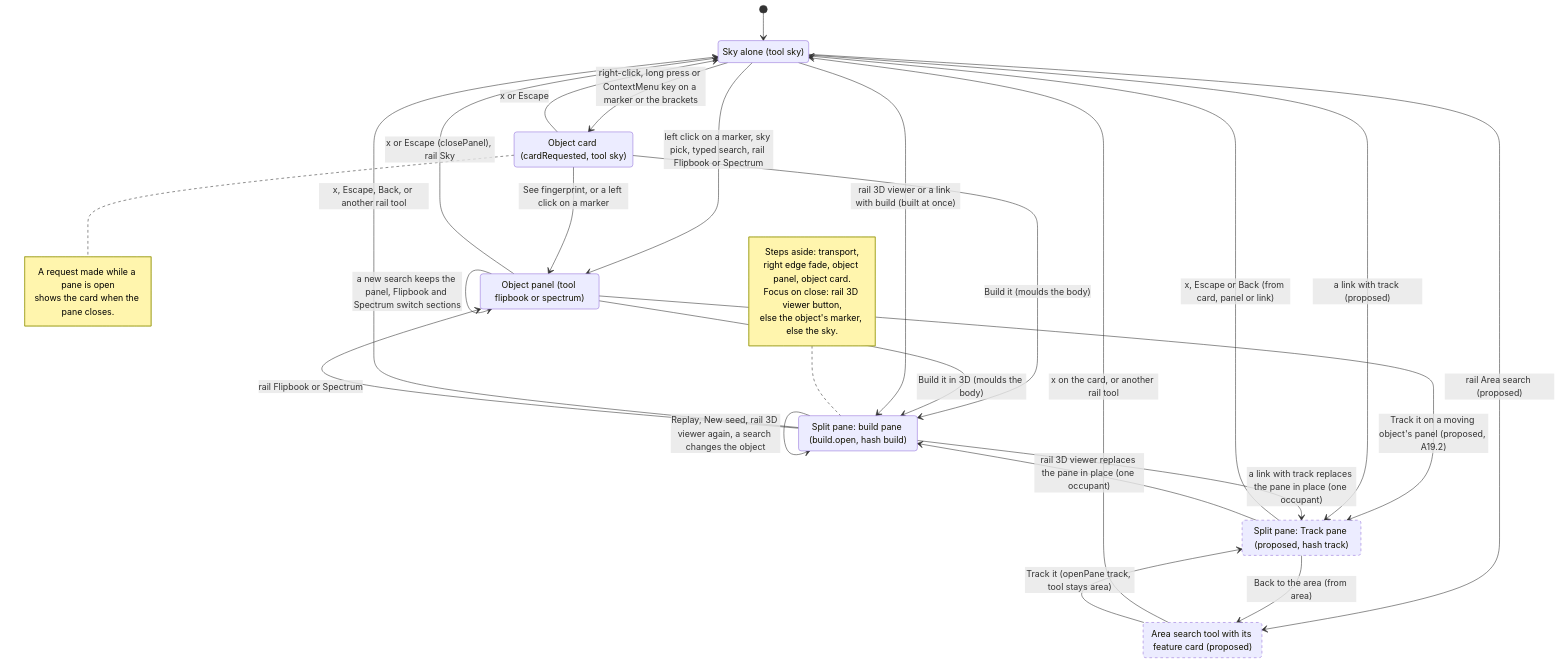
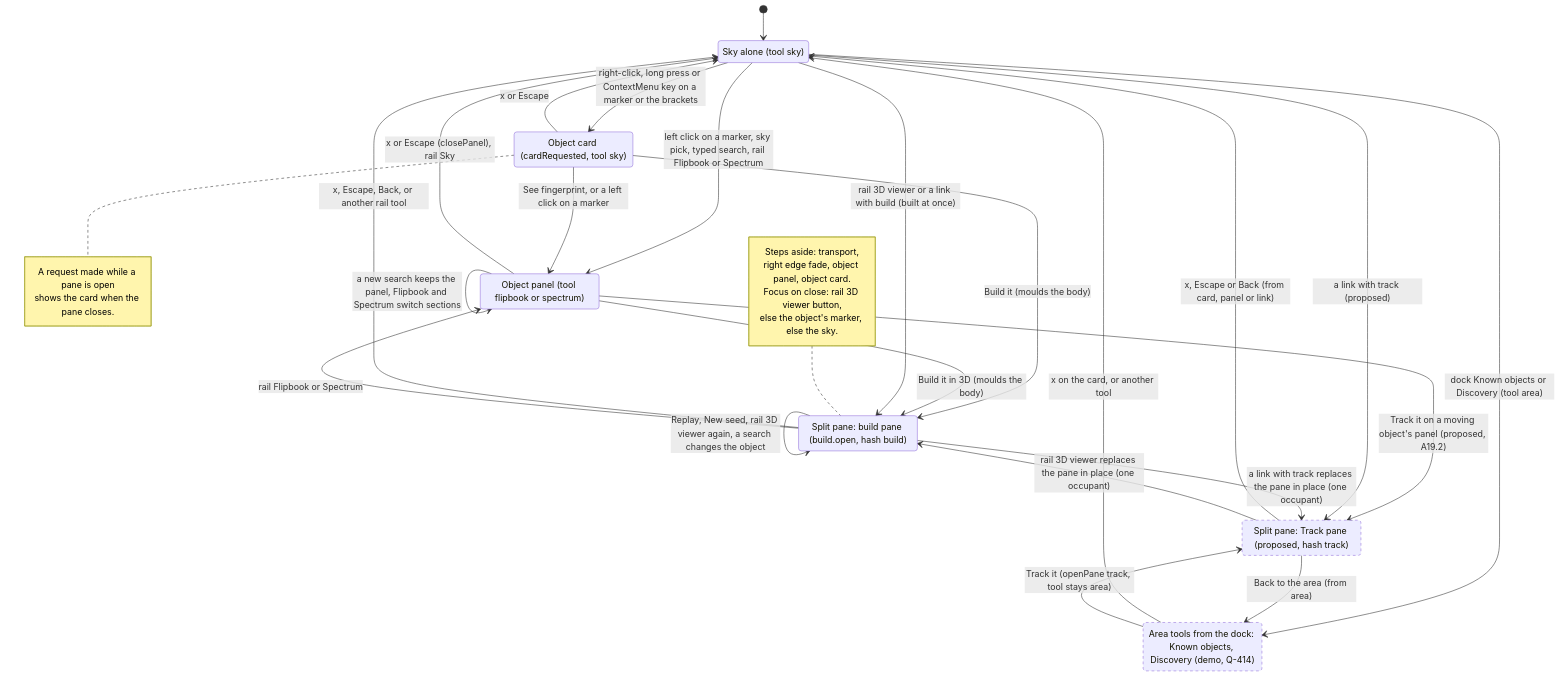
One commit to 0ffrian/SphereX changed the first of 2 diagrams in docs/uml/24-state-shell.md. Above: the diagram before and after it, drawn with Mermaid. The commit also changed other lines of this file and 42 other files, not shown here.

First line of the commit message:
Address PR #104 review: honesty Show row in Details, area demo limited to Eros, Eros/spectrum provenance, seeded mould, spec sync

````diff
--- a/docs/uml/24-state-shell.md
+++ b/docs/uml/24-state-shell.md
@@ -11,49 +11,49 @@
 ```mermaid
 stateDiagram-v2
   [*] --> SkyAlone
 
   state "Sky alone (tool sky)" as SkyAlone
   state "Object panel (tool flipbook or spectrum)" as Panel
   state "Object card (cardRequested, tool sky)" as Card
   state "Split pane: build pane (build.open, hash build)" as BuildPane
   state "Split pane: Track pane (proposed, hash track)" as TrackPane
-  state "Area search tool with its feature card (proposed)" as AreaTool
+  state "Area tools from the dock: Known objects, Discovery (demo, Q-414)" as AreaTool
 
   SkyAlone --> Panel : left click on a marker, sky pick, typed search, rail Flipbook or Spectrum
   Panel --> SkyAlone : x or Escape (closePanel), rail Sky
   Panel --> Panel : a new search keeps the panel, Flipbook and Spectrum switch sections
   SkyAlone --> Card : right-click, long press or ContextMenu key on a marker or the brackets
   Card --> SkyAlone : x or Escape
   Card --> Panel : See fingerprint, or a left click on a marker
   Card --> BuildPane : Build it (moulds the body)
   Panel --> BuildPane : Build it in 3D (moulds the body)
   SkyAlone --> BuildPane : rail 3D viewer or a link with build (built at once)
   BuildPane --> BuildPane : Replay, New seed, rail 3D viewer again, a search changes the object
   BuildPane --> SkyAlone : x, Escape, Back, or another rail tool
   BuildPane --> Panel : rail Flipbook or Spectrum
 
-  SkyAlone --> AreaTool : rail Area search (proposed)
-  AreaTool --> SkyAlone : x on the card, or another rail tool
+  SkyAlone --> AreaTool : dock Known objects or Discovery (tool area)
+  AreaTool --> SkyAlone : x on the card, or another tool
   AreaTool --> TrackPane : Track it (openPane track, tool stays area)
   Panel --> TrackPane : Track it on a moving object's panel (proposed, A19.2)
   SkyAlone --> TrackPane : a link with track (proposed)
   TrackPane --> AreaTool : Back to the area (from area)
   TrackPane --> SkyAlone : x, Escape or Back (from card, panel or link)
   TrackPane --> BuildPane : rail 3D viewer replaces the pane in place (one occupant)
   BuildPane --> TrackPane : a link with track replaces the pane in place (one occupant)
 
   classDef proposed stroke-dasharray: 5 5
   class TrackPane,AreaTool proposed
 
   note right of Card
     A request made while a pane is open
     shows the card when the pane closes.
   end note
 
   note left of BuildPane
     Steps aside: transport,
     right edge fade, object panel, object card.
     Focus on close: rail 3D viewer button,
     else the object's marker, else the sky.
   end note
 ```
````
